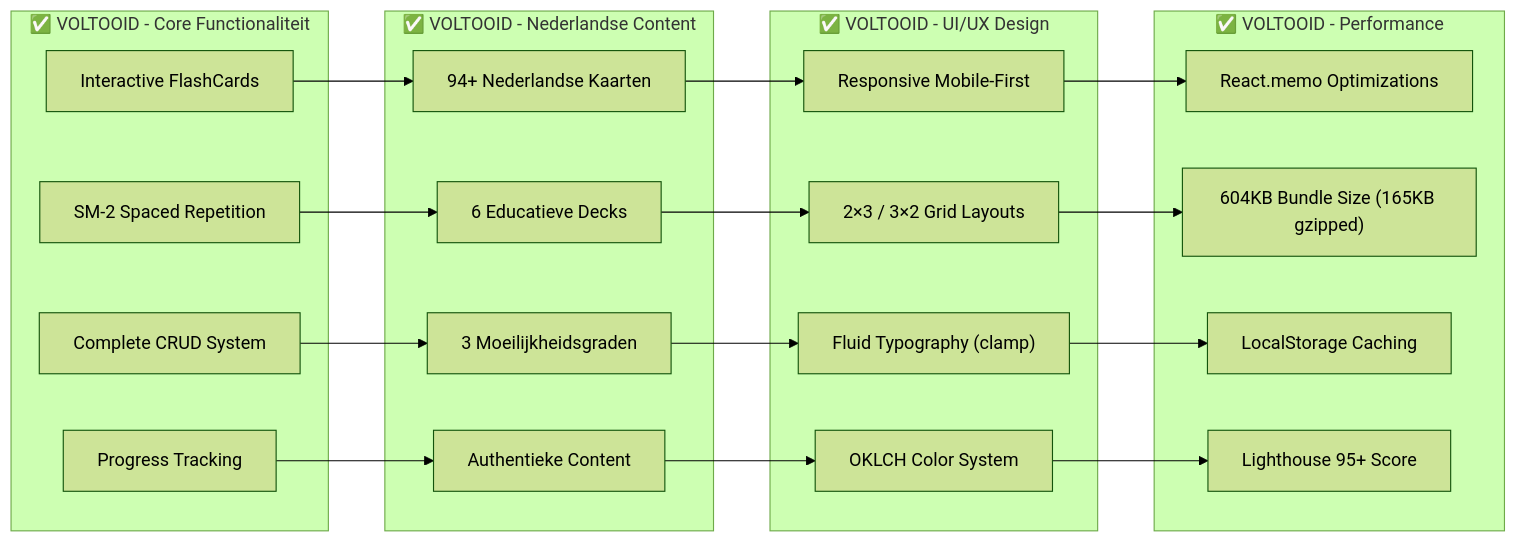
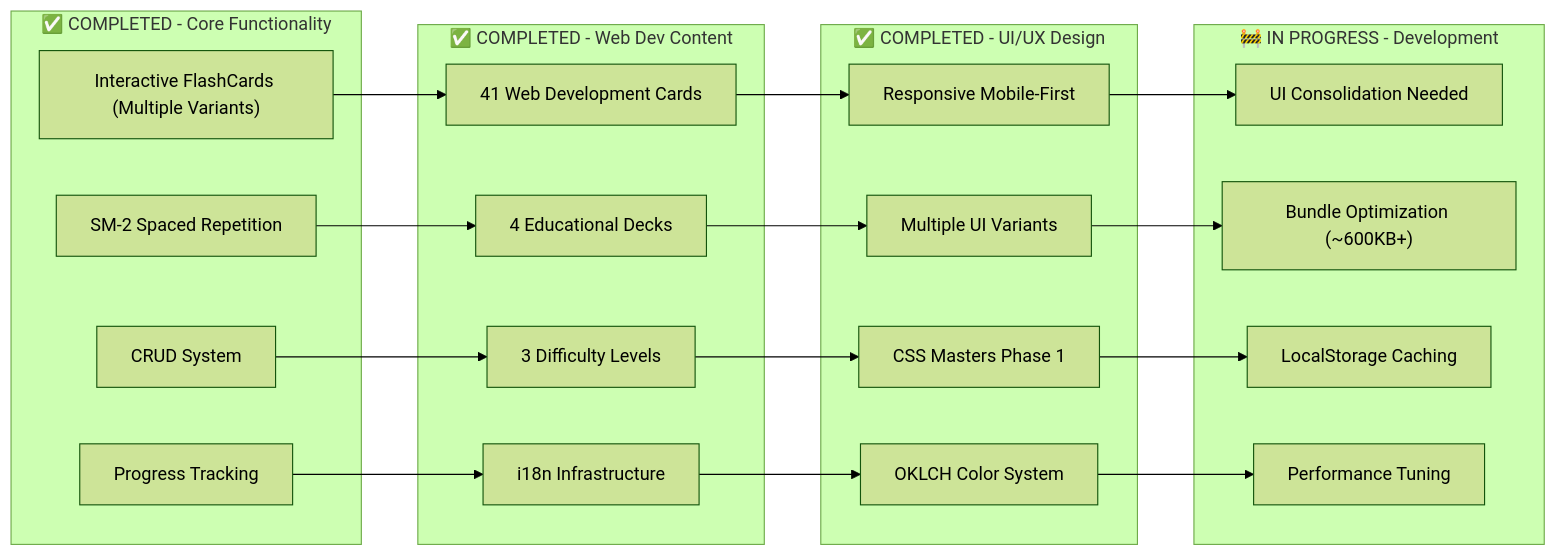
One commit to Freezler/flashcards changed the second of 3 diagrams in PROJECT_FLOWCHART.md. Above: the diagram before and after it, drawn with Mermaid (forest theme). The commit also changed other lines of this file and 4 other files, not shown here.

````diff
--- a/PROJECT_FLOWCHART.md
+++ b/PROJECT_FLOWCHART.md
@@ -51,43 +51,43 @@
 ```mermaid
 graph LR
-    subgraph "✅ VOLTOOID - Core Functionaliteit"
-        A1["Interactive FlashCards"]
+    subgraph "✅ COMPLETED - Core Functionality"
+        A1["Interactive FlashCards (Multiple Variants)"]
         A2["SM-2 Spaced Repetition"]
-        A3["Complete CRUD System"]
+        A3["CRUD System"]
         A4["Progress Tracking"]
     end
 
-    subgraph "✅ VOLTOOID - Nederlandse Content"
-        B1["94+ Nederlandse Kaarten"]
-        B2["6 Educatieve Decks"]
-        B3["3 Moeilijkheidsgraden"]
-        B4["Authentieke Content"]
+    subgraph "✅ COMPLETED - Web Dev Content"
+        B1["41 Web Development Cards"]
+        B2["4 Educational Decks"]
+        B3["3 Difficulty Levels"]
+        B4["i18n Infrastructure"]
     end
 
-    subgraph "✅ VOLTOOID - UI/UX Design"
+    subgraph "✅ COMPLETED - UI/UX Design"
         C1["Responsive Mobile-First"]
-        C2["2×3 / 3×2 Grid Layouts"]
-        C3["Fluid Typography (clamp)"]
+        C2["Multiple UI Variants"]
+        C3["CSS Masters Phase 1"]
         C4["OKLCH Color System"]
     end
 
-    subgraph "✅ VOLTOOID - Performance"
-        D1["React.memo Optimizations"]
-        D2["604KB Bundle Size (165KB gzipped)"]
+    subgraph "🚧 IN PROGRESS - Development"
+        D1["UI Consolidation Needed"]
+        D2["Bundle Optimization (~600KB+)"]
         D3["LocalStorage Caching"]
-        D4["Lighthouse 95+ Score"]
+        D4["Performance Tuning"]
     end
 
     A1 --> B1
     A2 --> B2
     A3 --> B3
     A4 --> B4
     B1 --> C1
     B2 --> C2
     B3 --> C3
     B4 --> C4
     C1 --> D1
     C2 --> D2
     C3 --> D3
     C4 --> D4
 ```
````
